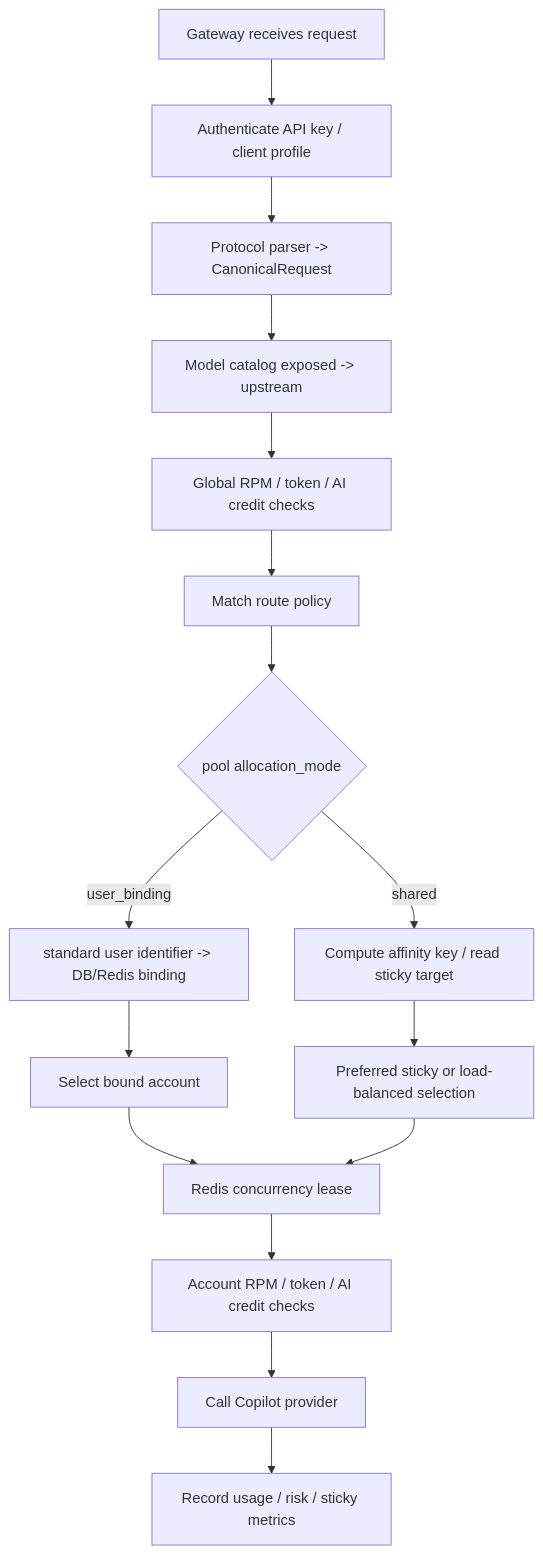
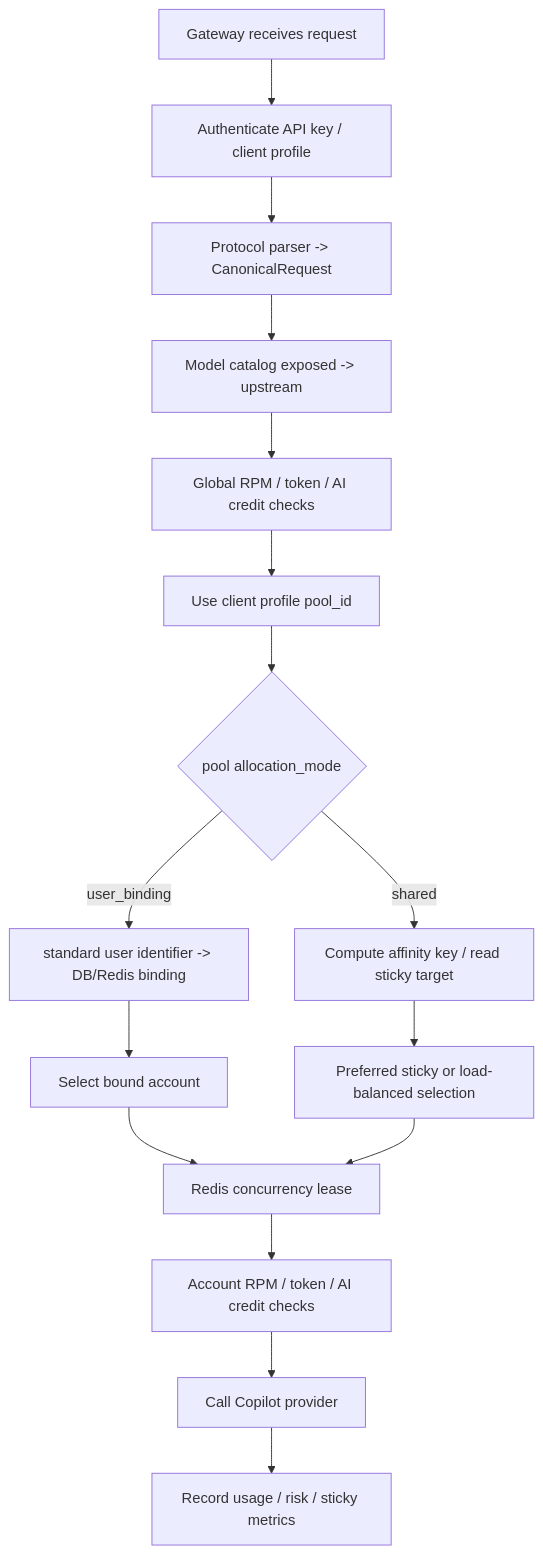
The diagram in docs/routing.en.md (pczhao1210/ghcp-pool-proxy), drawn with Mermaid before and after one commit. The commit also changed other lines of this file and 16 other files, not shown here.

````diff
--- a/docs/routing.en.md
+++ b/docs/routing.en.md
@@ -7,18 +7,18 @@
 ```mermaid
 flowchart TD
   A["Gateway receives request"] --> B["Authenticate API key / client profile"]
   B --> C["Protocol parser -> CanonicalRequest"]
   C --> D["Model catalog exposed -> upstream"]
   D --> E["Global RPM / token / AI credit checks"]
-  E --> F["Match route policy"]
+  E --> F["Use client profile pool_id"]
   F --> G{"pool allocation_mode"}
   G -->|"user_binding"| H["standard user identifier -> DB/Redis binding"]
   G -->|"shared"| I["Compute affinity key / read sticky target"]
   H --> J["Select bound account"]
   I --> K["Preferred sticky or load-balanced selection"]
   J --> L["Redis concurrency lease"]
   K --> L
   L --> M["Account RPM / token / AI credit checks"]
   M --> N["Call Copilot provider"]
   N --> O["Record usage / risk / sticky metrics"]
 ```
````
